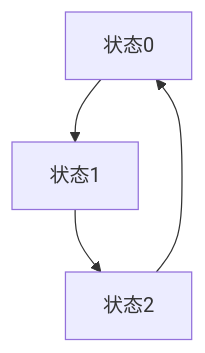
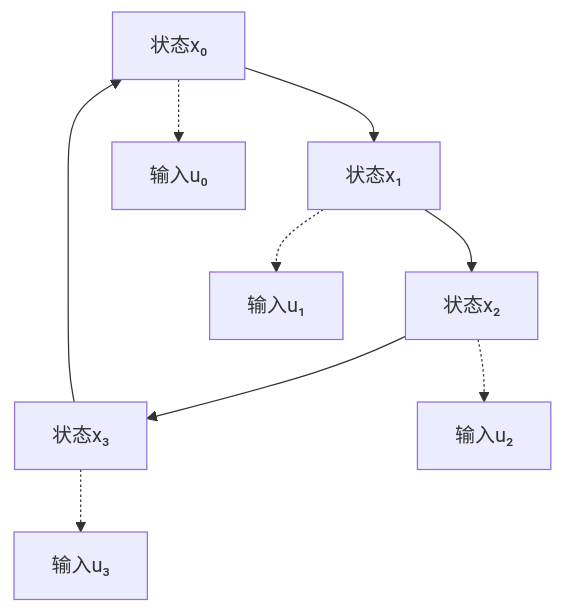
Before and after one commit to AdaMartin18010/SystemOSIOT: the third of 6 diagrams in 1.系统理论/1.3 形式化结构/1.3.2 结构模型.md, drawn with Mermaid. The commit also changed other lines of this file and 80 other files, not shown here.

````diff
--- a/1.系统理论/1.3 形式化结构/1.3.2 结构模型.md
+++ b/1.系统理论/1.3 形式化结构/1.3.2 结构模型.md
@@ -54,6 +149,11 @@
 ```mermaid
 graph TD;
-  X0[状态0] --> X1[状态1];
-  X1 --> X2[状态2];
-  X2 --> X0;
+  X0[状态x₀] --> X1[状态x₁];
+  X1 --> X2[状态x₂];
+  X2 --> X3[状态x₃];
+  X3 --> X0;
+  X0 -.-> E0[输入u₀];
+  X1 -.-> E1[输入u₁];
+  X2 -.-> E2[输入u₂];
+  X3 -.-> E3[输入u₃];
 ```
````
